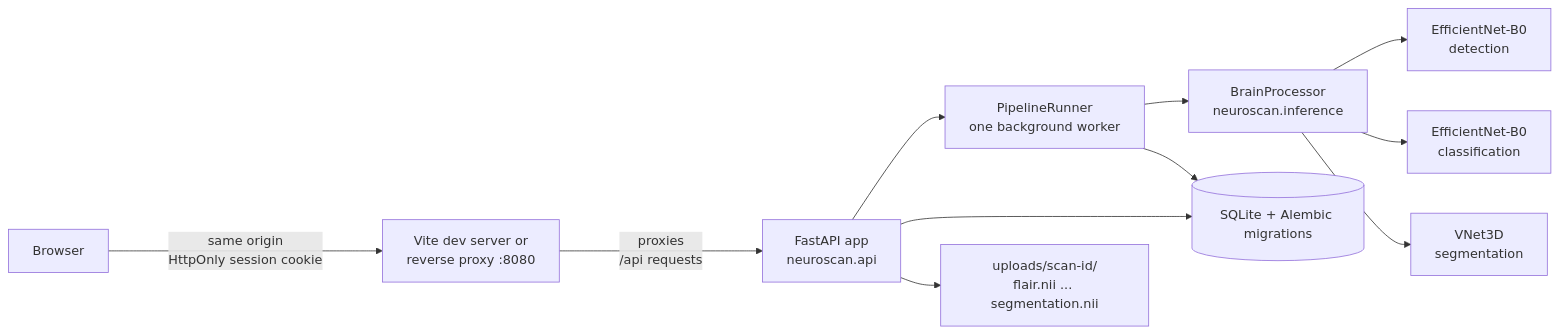
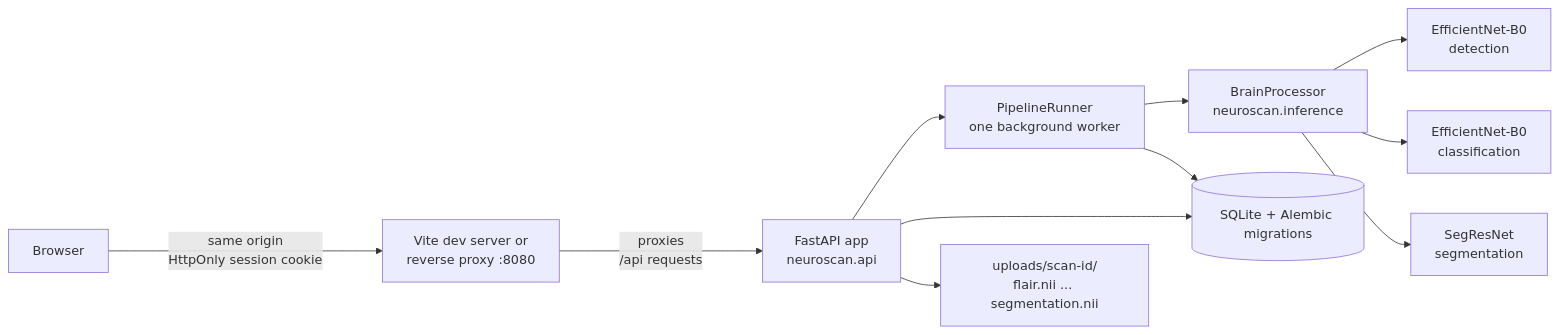
Before and after one commit to parthmital/NeuroScan-AI: the diagram in README.md, drawn with Mermaid. The commit also changed other lines of this file and 126 other files, not shown here.

````diff
--- a/README.md
+++ b/README.md
@@ -106,13 +106,13 @@
 ```mermaid
 flowchart LR
     U[Browser] ---->|"same origin<br/>HttpOnly session cookie"| F["Vite dev server or<br/>reverse proxy :8080"]
     F ---->|"proxies<br/>/api requests"| B[FastAPI app<br/>neuroscan.api]
     B --> Q[PipelineRunner<br/>one background worker]
     Q --> P[BrainProcessor<br/>neuroscan.inference]
     P --> M1[EfficientNet-B0<br/>detection]
     P --> M2[EfficientNet-B0<br/>classification]
-    P --> M3[VNet3D<br/>segmentation]
+    P --> M3[SegResNet<br/>segmentation]
     B --> DB[(SQLite + Alembic migrations)]
     Q --> DB
     B --> FS[uploads/scan-id/<br/>flair.nii ... segmentation.nii]
 ```
````
